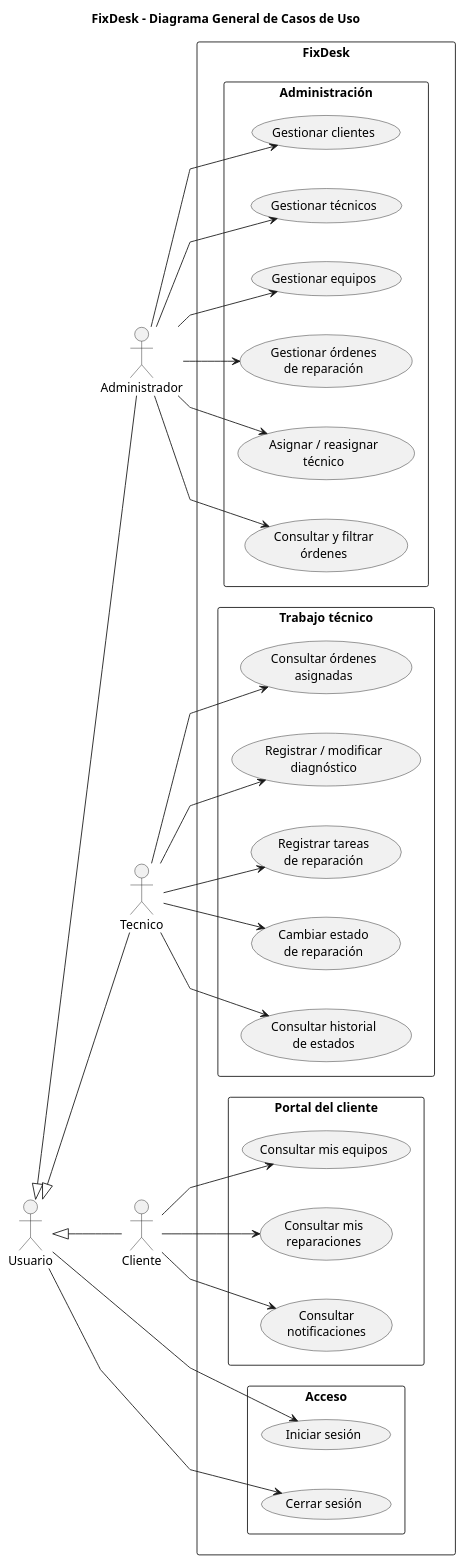
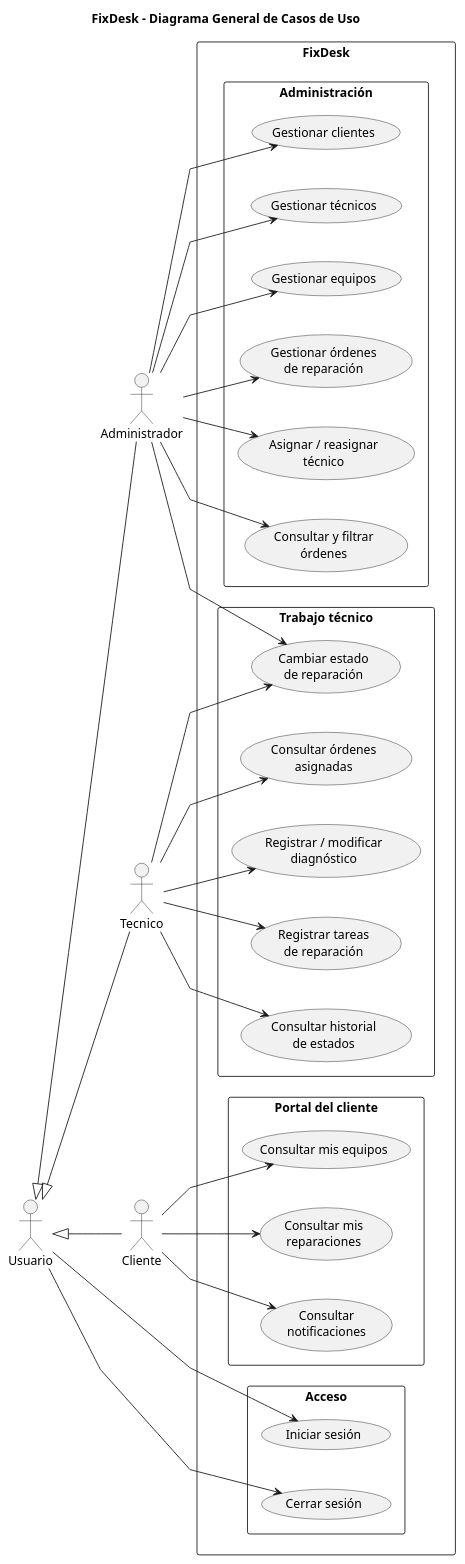
Before and after one commit to lucaas424/FixDesk: the diagram in docs/uml/diagrama_casos_uso.puml, drawn with PlantUML. The commit also changed 10 other files, not shown here.

Commit message:
Agrega diagramas exportados y ajustes finales del Parcial 1

```diff
--- a/docs/uml/diagrama_casos_uso.puml
+++ b/docs/uml/diagrama_casos_uso.puml
@@ -1,96 +1,97 @@
 @startuml
 title FixDesk - Diagrama General de Casos de Uso
 
 left to right direction
 
 skinparam shadowing false
 skinparam packageStyle rectangle
 skinparam linetype polyline
 skinparam nodesep 45
 skinparam ranksep 55
 
 ' =========================
 ' ACTORES
 ' =========================
 
 actor Usuario
 actor Administrador
 actor Tecnico
 actor Cliente
 
 Usuario <|-- Administrador
 Usuario <|-- Tecnico
 Usuario <|-- Cliente
 
 ' =========================
 ' SISTEMA
 ' =========================
 
 rectangle "FixDesk" {
 
     package "Acceso" {
         usecase "Iniciar sesión" as UC_Login
         usecase "Cerrar sesión" as UC_Logout
     }
 
     package "Administración" {
         usecase "Gestionar clientes" as UC_Clientes
         usecase "Gestionar técnicos" as UC_Tecnicos
         usecase "Gestionar equipos" as UC_Equipos
         usecase "Gestionar órdenes\nde reparación" as UC_Ordenes
         usecase "Asignar / reasignar\ntécnico" as UC_Asignar
         usecase "Consultar y filtrar\nórdenes" as UC_Consultar
     }
 
     package "Trabajo técnico" {
         usecase "Consultar órdenes\nasignadas" as UC_Asignadas
         usecase "Registrar / modificar\ndiagnóstico" as UC_Diagnostico
         usecase "Registrar tareas\nde reparación" as UC_Tareas
         usecase "Cambiar estado\nde reparación" as UC_Estado
         usecase "Consultar historial\nde estados" as UC_Historial
     }
 
     package "Portal del cliente" {
         usecase "Consultar mis equipos" as UC_MisEquipos
         usecase "Consultar mis\nreparaciones" as UC_MisReparaciones
         usecase "Consultar\nnotificaciones" as UC_Notificaciones
     }
 }
 
 ' =========================
 ' FUNCIONES COMUNES
 ' =========================
 
 Usuario --> UC_Login
 Usuario --> UC_Logout
 
 ' =========================
 ' ADMINISTRADOR
 ' =========================
 
 Administrador --> UC_Clientes
 Administrador --> UC_Tecnicos
 Administrador --> UC_Equipos
 Administrador --> UC_Ordenes
 Administrador --> UC_Asignar
 Administrador --> UC_Consultar
+Administrador --> UC_Estado
 
 ' =========================
 ' TECNICO
 ' =========================
 
 Tecnico --> UC_Asignadas
 Tecnico --> UC_Diagnostico
 Tecnico --> UC_Tareas
 Tecnico --> UC_Estado
 Tecnico --> UC_Historial
 
 ' =========================
 ' CLIENTE
 ' =========================
 
 Cliente --> UC_MisEquipos
 Cliente --> UC_MisReparaciones
 Cliente --> UC_Notificaciones
 
 @enduml
```
